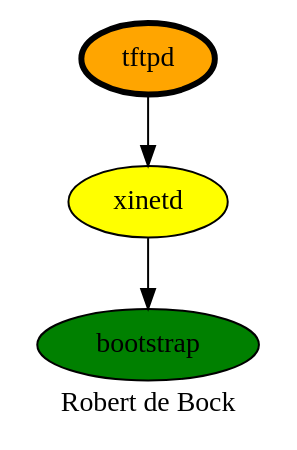
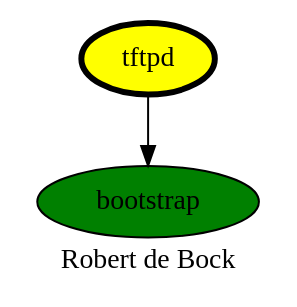
Before and after one commit to robertdebock/drawings: the diagram in tftpd.dot, drawn with Graphviz. The commit also changed 1 other file, not shown here.

Commit message:
tftp does not depend on xinetd anymore.

```diff
--- a/tftpd.dot
+++ b/tftpd.dot
@@ -1,11 +1,9 @@
 digraph PhiloDilemma {
   label = "Robert de Bock" ;
   overlap=false
   {
     bootstrap [fillcolor=green style=filled]
-    xinetd [fillcolor=yellow style=filled]
-    tftpd [fillcolor=orange style=filled penwidth=3]
+    tftpd [fillcolor=yellow style=filled penwidth=3]
   }
-  xinetd -> bootstrap
-  tftpd -> xinetd 
+  tftpd -> bootstrap
 }
```
